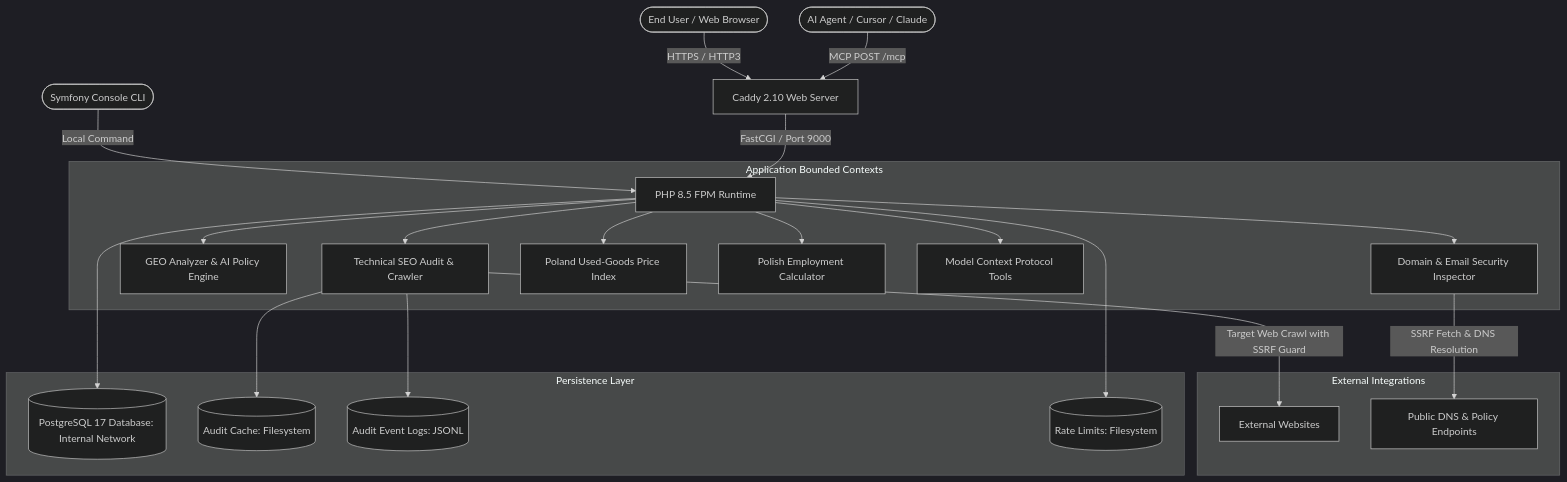
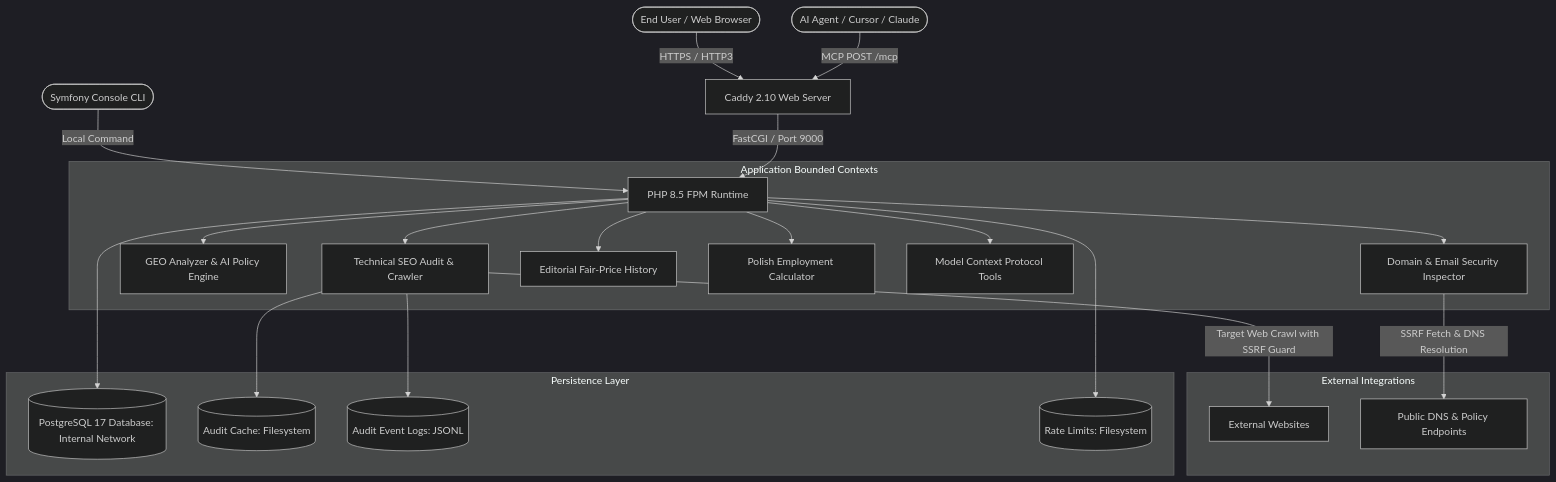
The first of 3 diagrams in ARCHITECTURE.md (bahdanhal/ileza), drawn with Mermaid (dark theme) before and after one commit. The commit also changed other lines of this file and 42 other files, not shown here.

Commit message:
Reposition price history as editorial fair value

````diff
--- a/ARCHITECTURE.md
+++ b/ARCHITECTURE.md
@@ -9,29 +9,29 @@
 ```mermaid
 graph TD
     User([End User / Web Browser]) -->|HTTPS / HTTP3| Caddy[Caddy 2.10 Web Server]
     Agent([AI Agent / Cursor / Claude]) -->|MCP POST /mcp| Caddy
     CLI([Symfony Console CLI]) -->|Local Command| PHP[PHP 8.5 FPM Runtime]
 
     Caddy -->|FastCGI / Port 9000| PHP
     
     subgraph "Application Bounded Contexts"
         PHP --> AuditContext[Technical SEO Audit & Crawler]
         PHP --> GeoContext[GEO Analyzer & AI Policy Engine]
         PHP --> DomainInspectorContext[Domain & Email Security Inspector]
-        PHP --> MarketContext[Poland Used-Goods Price Index]
+        PHP --> MarketContext[Editorial Fair-Price History]
         PHP --> IncomeContext[Polish Employment Calculator]
         PHP --> McpContext[Model Context Protocol Tools]
     end
 
     subgraph "External Integrations"
         AuditContext -->|Target Web Crawl with SSRF Guard| InternetTarget[External Websites]
         DomainInspectorContext -->|SSRF Fetch & DNS Resolution| DnsTarget[Public DNS & Policy Endpoints]
     end
 
     subgraph "Persistence Layer"
         PHP --> PostgreSQL[(PostgreSQL 17 Database: Internal Network)]
         AuditContext --> AuditCache[(Audit Cache: Filesystem)]
         AuditContext --> AuditLogs[(Audit Event Logs: JSONL)]
         PHP --> RateLimits[(Rate Limits: Filesystem)]
     end
 ```
````
